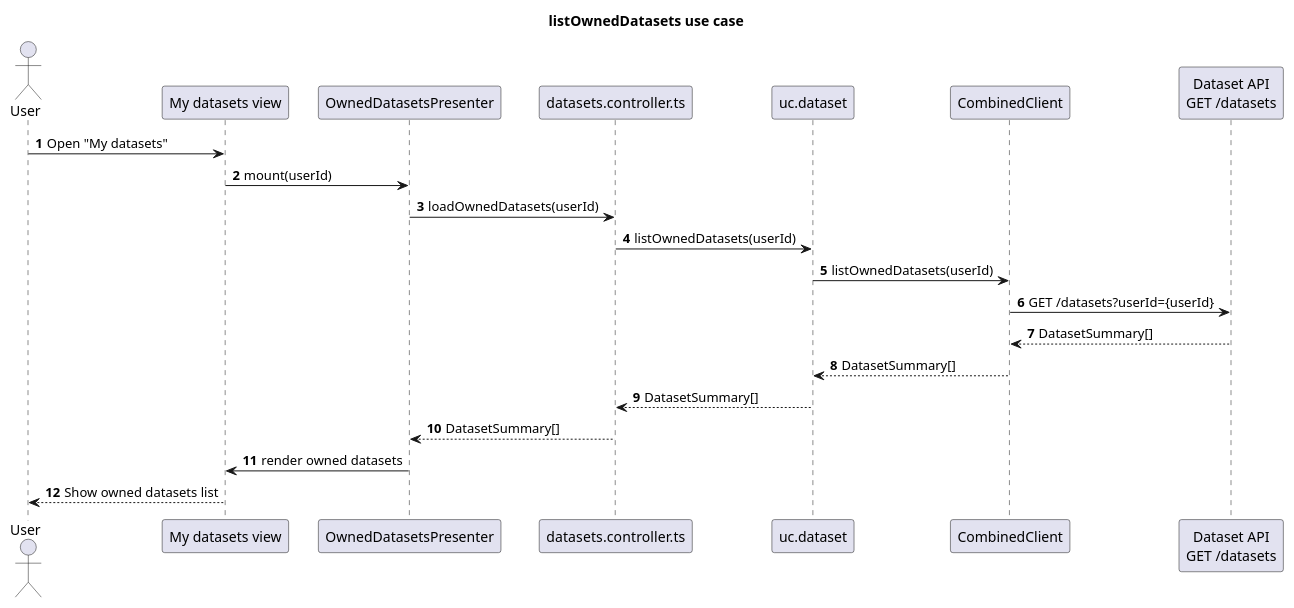
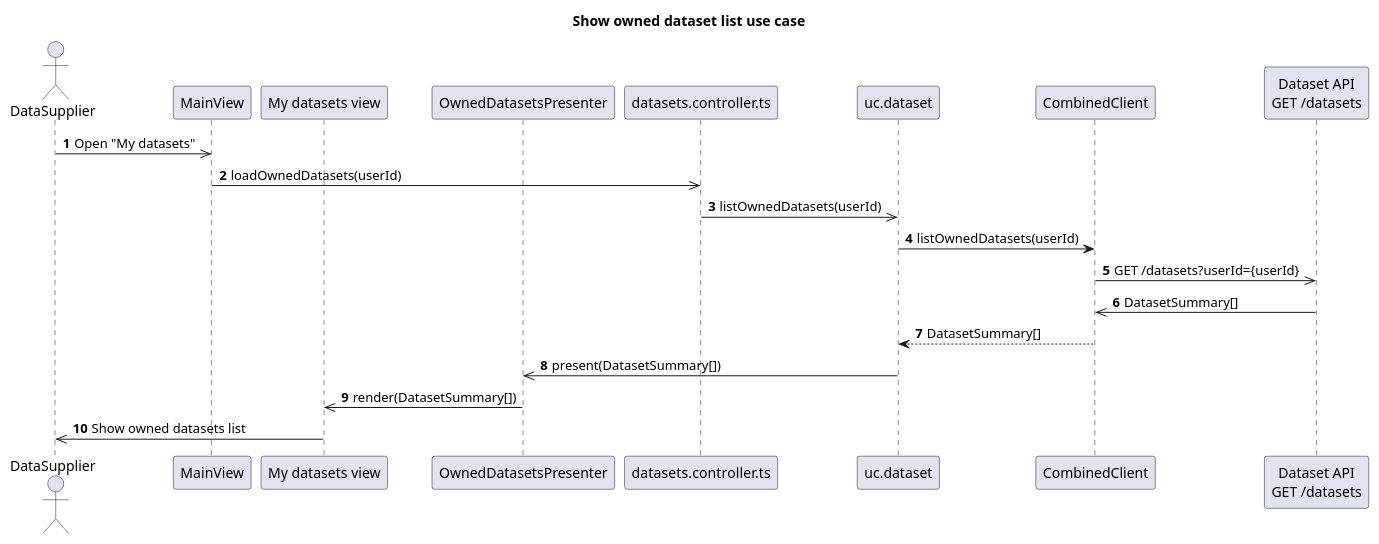
Before and after one commit to POP2025-EEPW/doorce-frontend: the diagram in diagrams/sequence/listOwnedDatasets.puml, drawn with PlantUML. The commit also changed 3 other files, not shown here.

Commit message:
fix: group 2 diagrams - list and get functions

```diff
--- a/diagrams/sequence/listOwnedDatasets.puml
+++ b/diagrams/sequence/listOwnedDatasets.puml
@@ -1,27 +1,27 @@
 @startuml
-title listOwnedDatasets use case
+title Show owned dataset list use case
 autonumber
 
-actor User
+actor DataSupplier as User
 
+participant "MainView" as MainView
 participant "My datasets view" as View
 participant "OwnedDatasetsPresenter" as Presenter
 participant "datasets.controller.ts" as Controller
 participant "uc.dataset" as UseCase
 participant "CombinedClient" as Client
 participant "Dataset API\nGET /datasets" as Http
 
-User -> View : Open "My datasets"
-View -> Presenter : mount(userId)
-Presenter -> Controller : loadOwnedDatasets(userId)
-Controller -> UseCase : listOwnedDatasets(userId)
+User ->> MainView : Open "My datasets"
+MainView ->> Controller : loadOwnedDatasets(userId)
+Controller ->> UseCase : listOwnedDatasets(userId)
 UseCase -> Client : listOwnedDatasets(userId)
-Client -> Http : GET /datasets?userId={userId}
-Http --> Client : DatasetSummary[]
+Client ->> Http : GET /datasets?userId={userId}
+Http ->> Client : DatasetSummary[]
 Client --> UseCase : DatasetSummary[]
-UseCase --> Controller : DatasetSummary[]
-Controller --> Presenter : DatasetSummary[]
-Presenter -> View : render owned datasets
-View --> User : Show owned datasets list
+UseCase ->> Presenter : present(DatasetSummary[])
+Presenter ->> View : render(DatasetSummary[])
+View ->> User : Show owned datasets list
+
 
 @enduml
```
